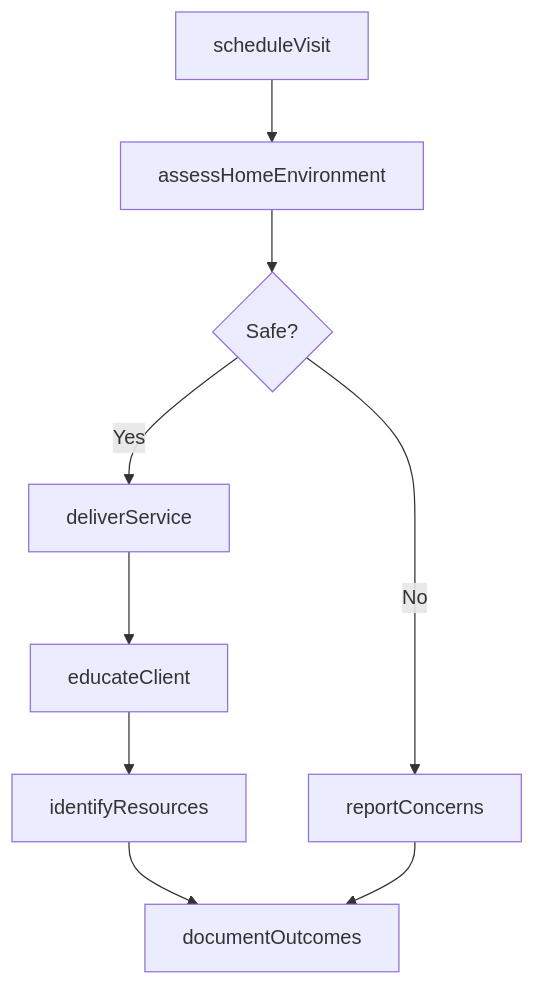
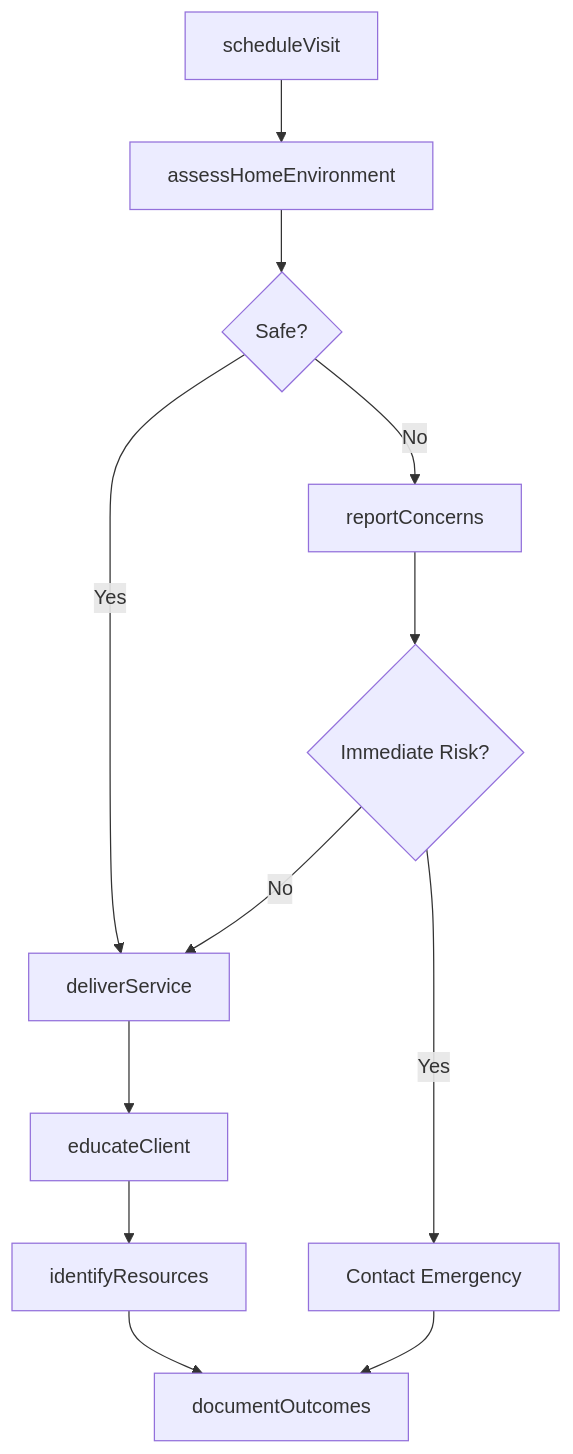
The third of 4 diagrams in CoachingAndDevelopingOthers/ProvideSupportOrEncouragementToOthers/VisitIndividualsTheirHomesProvide.mdx (dot-org-ai/tasks.org.ai), drawn with Mermaid before and after one commit. The commit also changed other lines of this file and 504 other files, not shown here.

First line of the commit message:
feat: Add ER diagrams, state diagrams, and workflow improvements to 96 DWA task files

````diff
--- a/CoachingAndDevelopingOthers/ProvideSupportOrEncouragementToOthers/VisitIndividualsTheirHomesProvide.mdx
+++ b/CoachingAndDevelopingOthers/ProvideSupportOrEncouragementToOthers/VisitIndividualsTheirHomesProvide.mdx
@@ -87,11 +115,14 @@
 ```mermaid
 graph TD
     A[scheduleVisit] --> B[assessHomeEnvironment]
     B --> C{Safe?}
     C -->|Yes| D[deliverService]
     C -->|No| E[reportConcerns]
-    D --> F[educateClient]
-    F --> G[identifyResources]
-    G --> H[documentOutcomes]
-    E --> H
+    E --> F{Immediate Risk?}
+    F -->|Yes| G[Contact Emergency]
+    F -->|No| D
+    D --> H[educateClient]
+    H --> I[identifyResources]
+    I --> J[documentOutcomes]
+    G --> J
 ```
````
